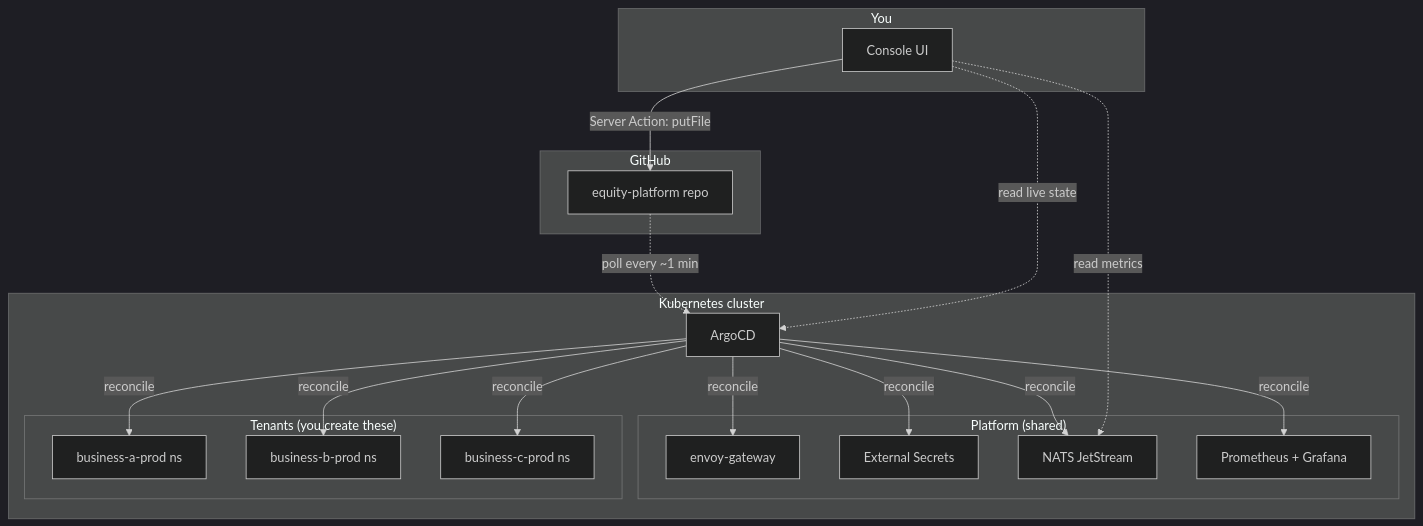
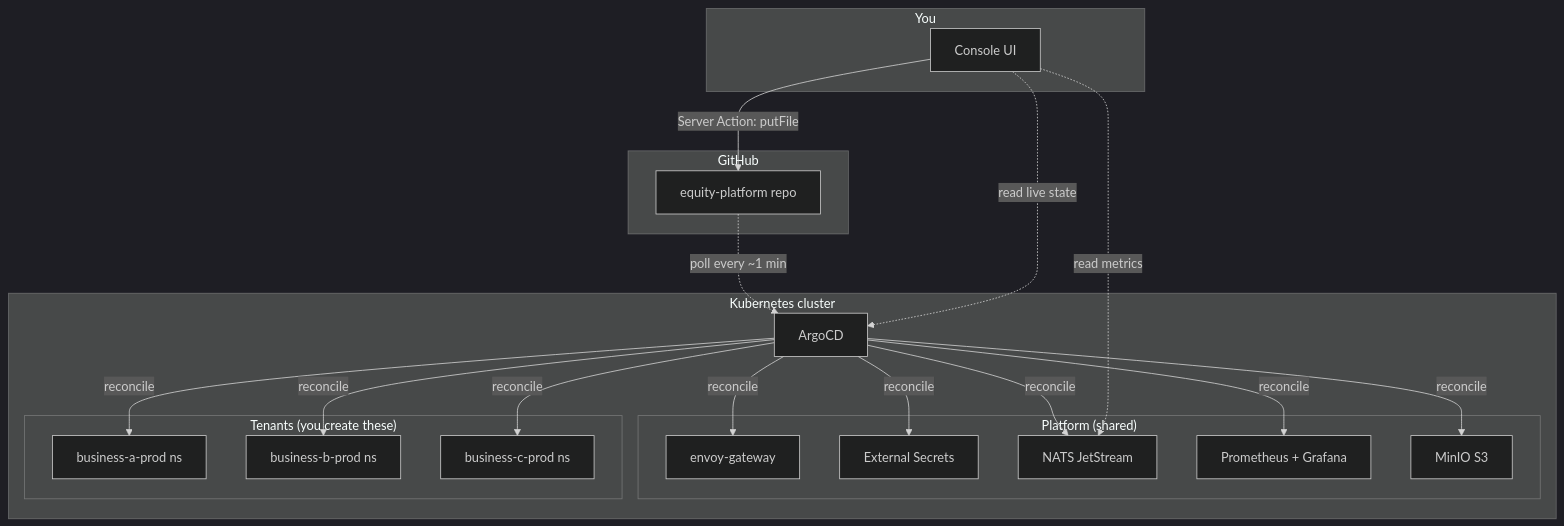
Before and after one commit to jaredzwick/equity-platform: the diagram in README.md, drawn with Mermaid (dark theme). The commit also changed other lines of this file and 20 other files, not shown here.

````diff
--- a/README.md
+++ b/README.md
@@ -40,34 +40,36 @@
 ```mermaid
 graph TD
     subgraph "You"
       U[Console UI]
     end
     subgraph "GitHub"
       G[equity-platform repo]
     end
     subgraph "Kubernetes cluster"
       A[ArgoCD]
       subgraph "Platform (shared)"
         NG[envoy-gateway]
         ES[External Secrets]
         NA[NATS JetStream]
         PR[Prometheus + Grafana]
+        MI[MinIO S3]
       end
       subgraph "Tenants (you create these)"
         T1[business-a-prod ns]
         T2[business-b-prod ns]
         T3[business-c-prod ns]
       end
     end
     U -->|Server Action: putFile| G
     G -.->|poll every ~1 min| A
     A -->|reconcile| NG
     A -->|reconcile| ES
     A -->|reconcile| NA
     A -->|reconcile| PR
+    A -->|reconcile| MI
     A -->|reconcile| T1
     A -->|reconcile| T2
     A -->|reconcile| T3
     U -.->|read live state| A
     U -.->|read metrics| NA
 ```
````
